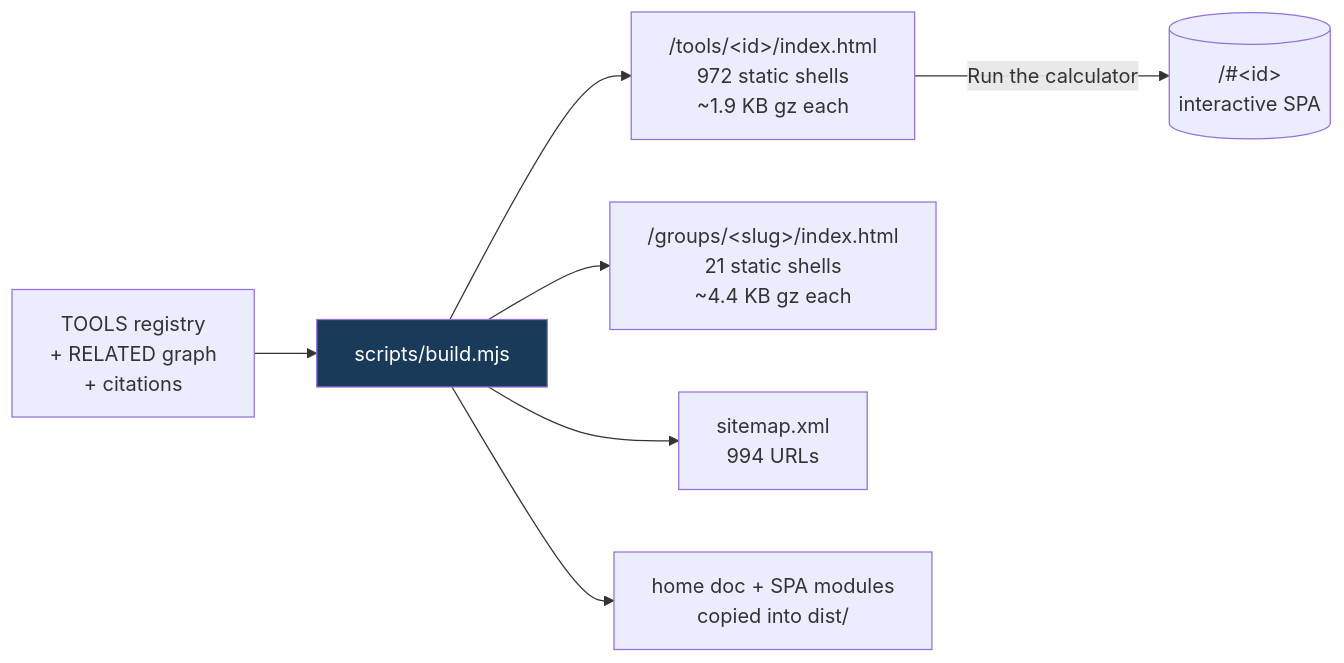
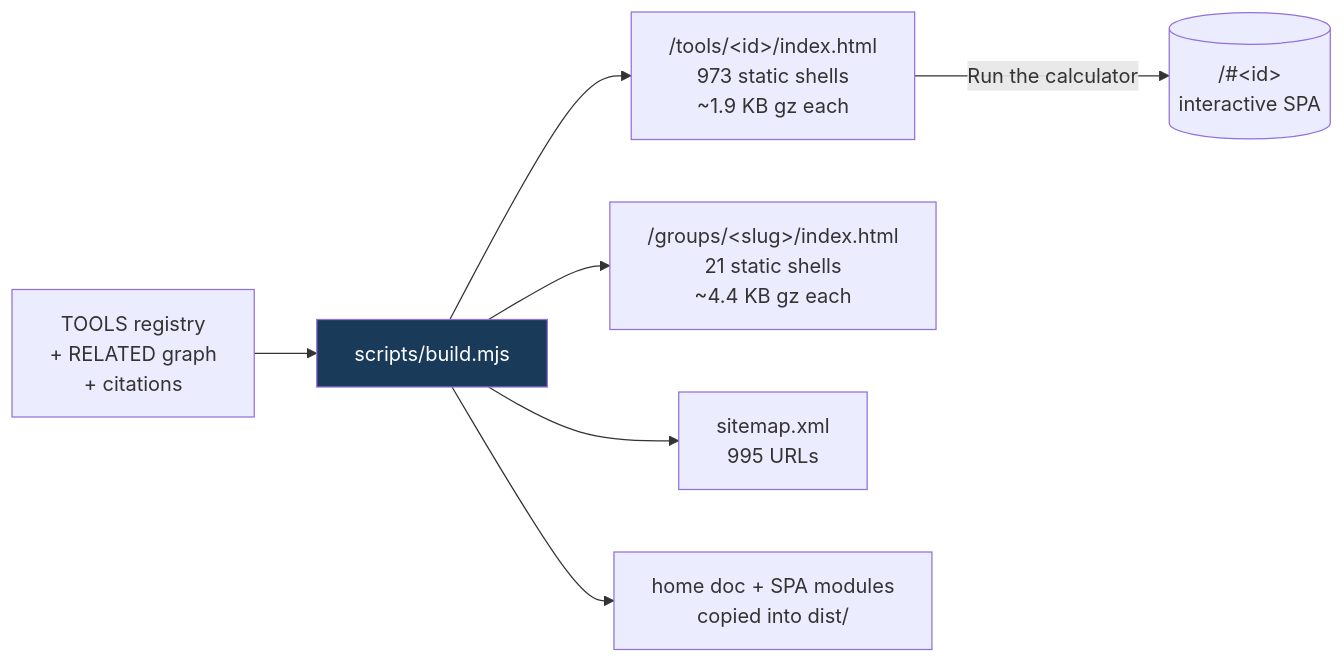
Before and after one commit to clay-good/roughlogic.com: the fifth of 8 diagrams in README.md, drawn with Mermaid. The commit also changed other lines of this file and 12 other files, not shown here.

````diff
--- a/README.md
+++ b/README.md
@@ -495,10 +495,10 @@
 ```mermaid
 flowchart LR
     SRC[TOOLS registry\n+ RELATED graph\n+ citations] --> BUILD[scripts/build.mjs]
-    BUILD --> TILE["/tools/&lt;id&gt;/index.html\n972 static shells\n~1.9 KB gz each"]
+    BUILD --> TILE["/tools/&lt;id&gt;/index.html\n973 static shells\n~1.9 KB gz each"]
     BUILD --> GROUP["/groups/&lt;slug&gt;/index.html\n21 static shells\n~4.4 KB gz each"]
-    BUILD --> MAP["sitemap.xml\n994 URLs"]
+    BUILD --> MAP["sitemap.xml\n995 URLs"]
     BUILD --> COPY[home doc + SPA modules\ncopied into dist/]
     TILE -->|Run the calculator| SPA[("/#&lt;id&gt;\ninteractive SPA")]
     style BUILD fill:#1a3a5a,color:#fff
 ```
````
